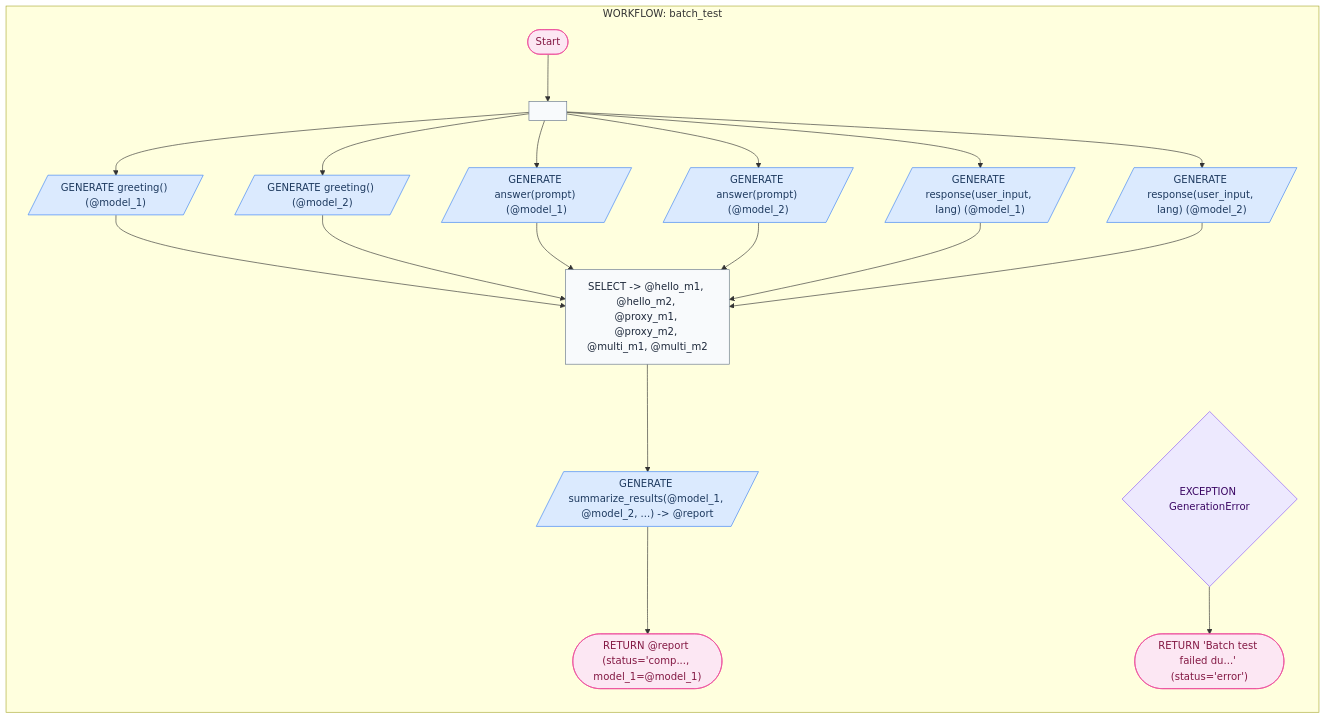
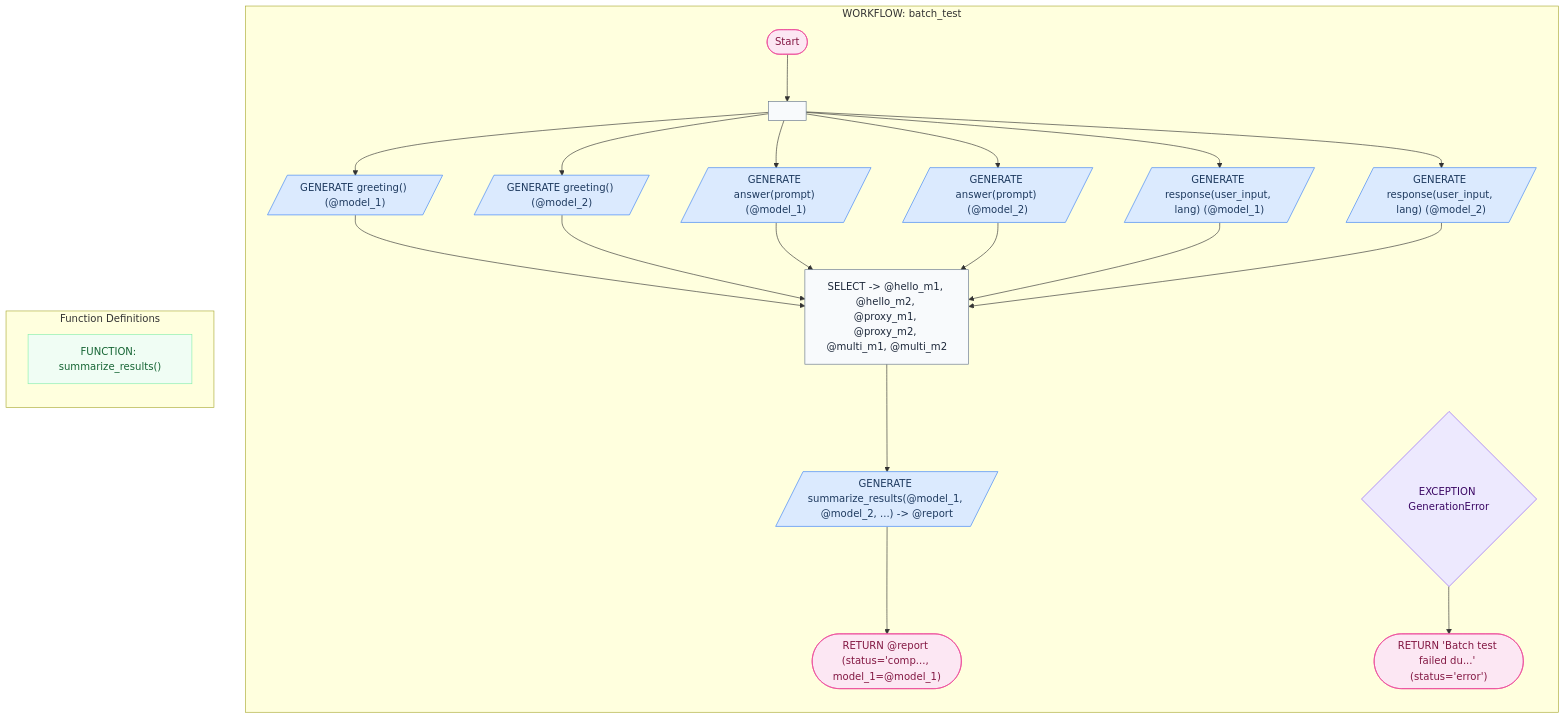
One commit to digital-duck/SPL.py changed the diagram in cookbook/10_batch_test/mermaid/batch_test.md. Above: the diagram before and after it, drawn with Mermaid. The commit also changed 334 other files, not shown here.

````diff
--- a/cookbook/10_batch_test/mermaid/batch_test.md
+++ b/cookbook/10_batch_test/mermaid/batch_test.md
@@ -7,53 +7,58 @@
 ```mermaid
 flowchart TD
     subgraph SG_batch_test["WORKFLOW: batch_test"]
     direction TB
     START1(["Start"])
     FORK2[" "]
     SYNC3["SELECT -> @hello_m1, @hello_m2, @proxy_m1, @proxy_m2, @multi_m1, @multi_m2"]
     CTE4[/"GENERATE greeting() (@model_1)"/]
     FORK2 --> CTE4
     CTE4 --> SYNC3
     CTE5[/"GENERATE greeting() (@model_2)"/]
     FORK2 --> CTE5
     CTE5 --> SYNC3
     CTE6[/"GENERATE answer(prompt) (@model_1)"/]
     FORK2 --> CTE6
     CTE6 --> SYNC3
     CTE7[/"GENERATE answer(prompt) (@model_2)"/]
     FORK2 --> CTE7
     CTE7 --> SYNC3
     CTE8[/"GENERATE response(user_input, lang) (@model_1)"/]
     FORK2 --> CTE8
     CTE8 --> SYNC3
     CTE9[/"GENERATE response(user_input, lang) (@model_2)"/]
     FORK2 --> CTE9
     CTE9 --> SYNC3
     GEN10[/"GENERATE summarize_results(@model_1, @model_2, ...) -> @report"/]
     SYNC3 --> GEN10
     RET11(["RETURN @report (status='comp..., model_1=@model_1)"])
     GEN10 --> RET11
     START1 --> FORK2
     EXC12{"EXCEPTION GenerationError"}
     RET13(["RETURN 'Batch test failed du...' (status='error')"])
     EXC12 --> RET13
     end
+    subgraph FUNCTIONS["Function Definitions"]
+    direction TB
+    FN14["FUNCTION: summarize_results()"]
+    end
     class START1 term
     class FORK2 assign
     class SYNC3 assign
     class CTE4 llm
     class CTE5 llm
     class CTE6 llm
     class CTE7 llm
     class CTE8 llm
     class CTE9 llm
     class GEN10 llm
     class RET11 term
     class EXC12 ctrl
     class RET13 term
+    class FN14 fn
     classDef llm fill:#dbeafe,stroke:#3b82f6,color:#1e3a5f
     classDef ctrl fill:#ede9fe,stroke:#8b5cf6,color:#3b0764
     classDef term fill:#fce7f3,stroke:#ec4899,color:#831843
     classDef fn fill:#f0fdf4,stroke:#86efac,color:#166534
     classDef assign fill:#f8fafc,stroke:#64748b,color:#1e293b
 ```
````
